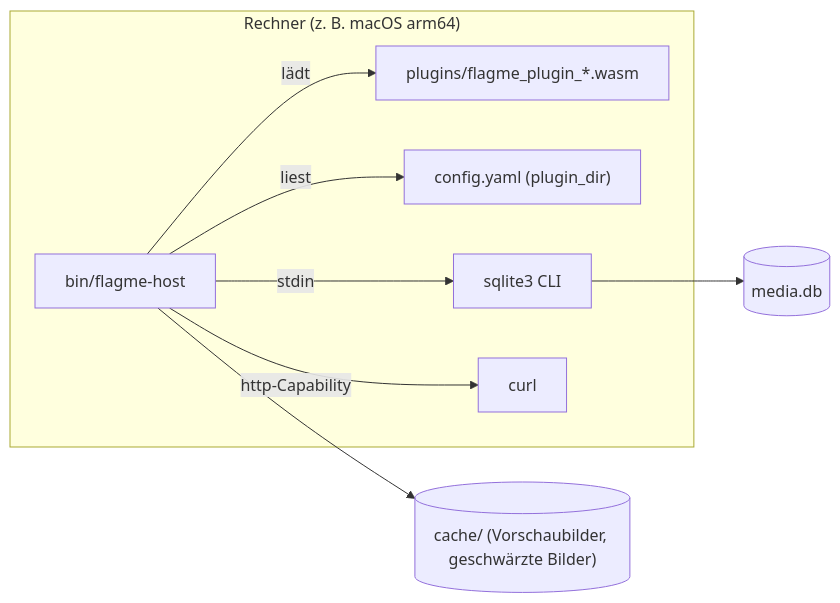
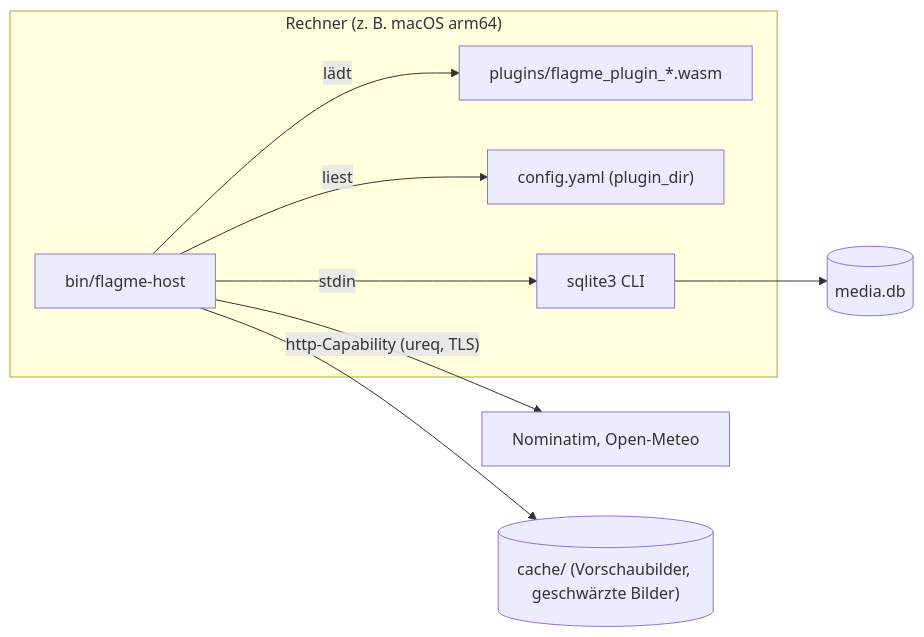
One commit to Zheng-Bote/wasm_geo-host changed the sixth of 6 diagrams in docs/arc42.md. Above: the diagram before and after it, drawn with Mermaid. The commit also changed other lines of this file and 15 other files, not shown here.

First line of the commit message:
feat(host): in-process HTTP client for the http capability (ADR 0007)

````diff
--- a/docs/arc42.md
+++ b/docs/arc42.md
@@ -249,16 +249,15 @@
 ```mermaid
 flowchart LR
     subgraph Knoten["Rechner (z. B. macOS arm64)"]
         Host["bin/flagme-host"]
         Komp["plugins/flagme_plugin_*.wasm"]
         Conf["config.yaml (plugin_dir)"]
         Sqlite["sqlite3 CLI"]
-        Curl["curl"]
     end
     Host -->|"lädt"| Komp
     Host -->|"liest"| Conf
     Host -->|"stdin"| Sqlite
     Sqlite --> DB[("media.db")]
-    Host -->|"http-Capability"| Curl
+    Host -->|"http-Capability (ureq, TLS)"| Web["Nominatim, Open-Meteo"]
     Host --> Cache[("cache/ (Vorschaubilder, geschwärzte Bilder)")]
 ```
````
